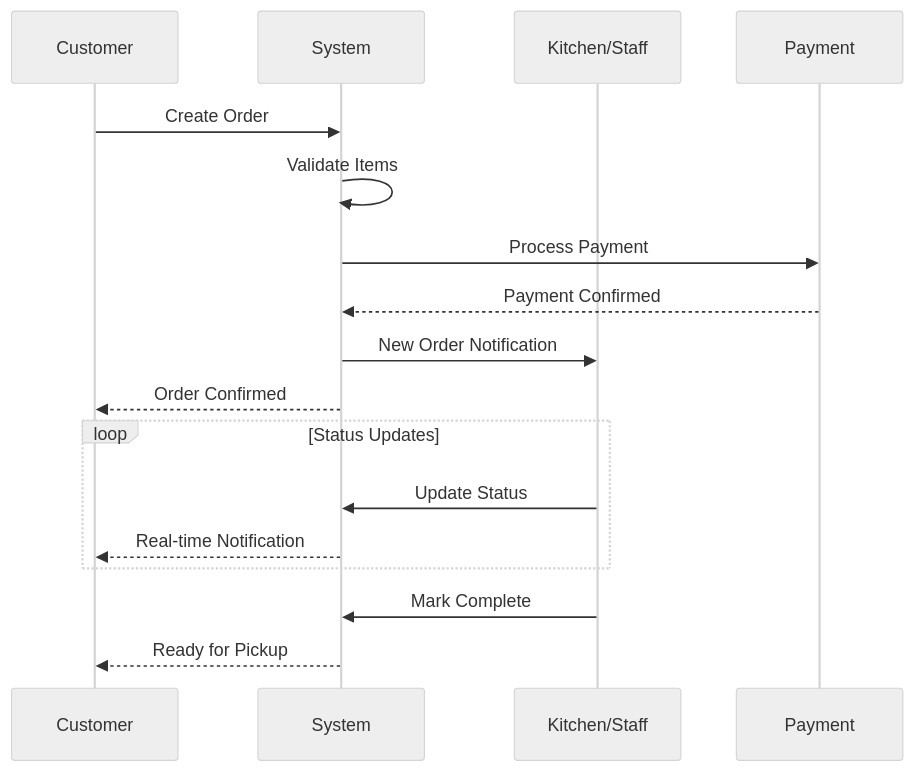
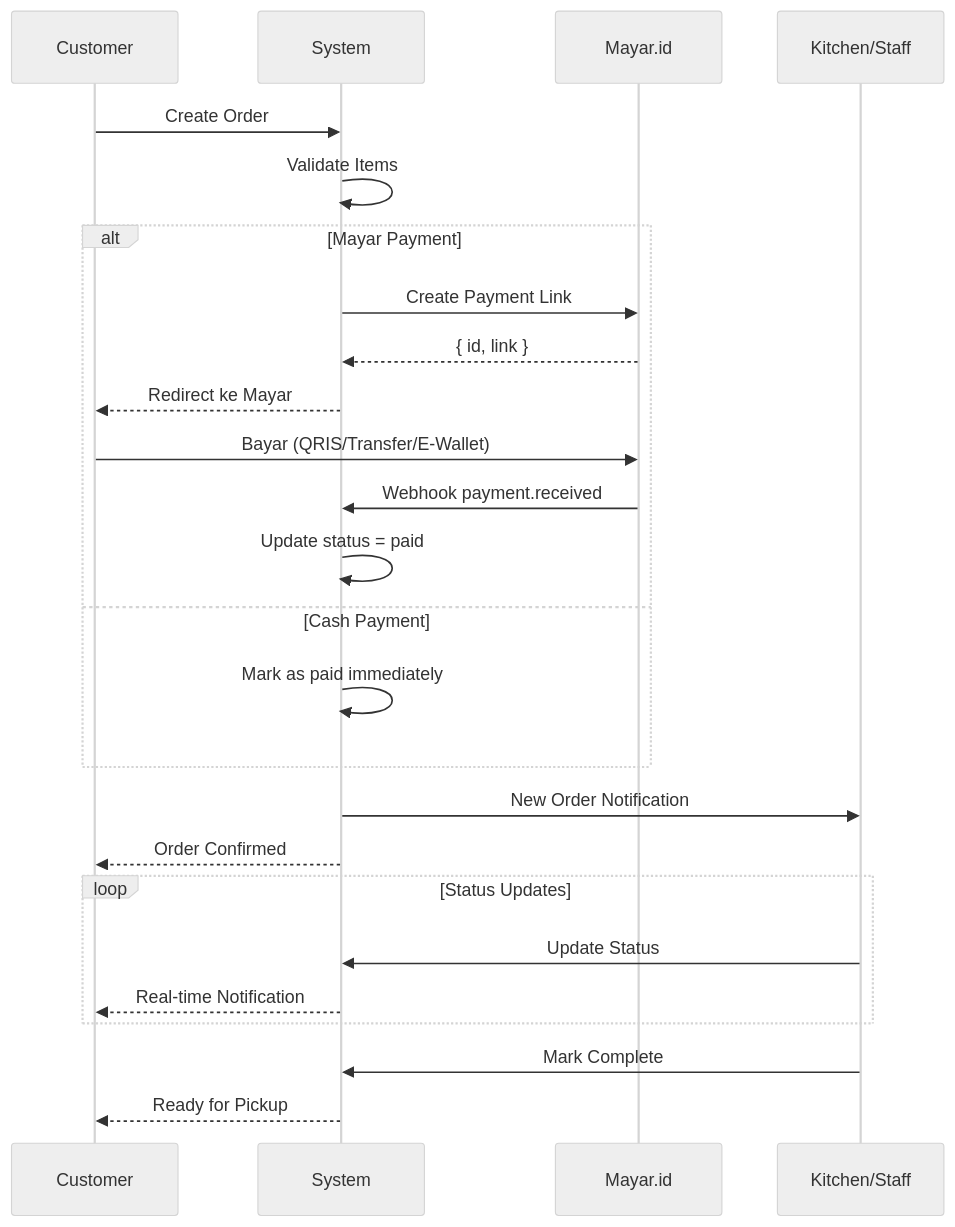
One commit to mocharil/savora changed the fourth of 9 diagrams in README.md. Above: the diagram before and after it, drawn with Mermaid (neutral theme). The commit also changed other lines of this file and 3 other files, not shown here.

Commit message:
feat: POS Mayar.id payment integration and comprehensive README update

````diff
--- a/README.md
+++ b/README.md
@@ -264,22 +285,32 @@
 ```mermaid
 sequenceDiagram
     participant C as Customer
     participant S as System
+    participant M as Mayar.id
     participant K as Kitchen/Staff
-    participant P as Payment
 
     C->>S: Create Order
     S->>S: Validate Items
-    S->>P: Process Payment
-    P-->>S: Payment Confirmed
+
+    alt Mayar Payment
+        S->>M: Create Payment Link
+        M-->>S: { id, link }
+        S-->>C: Redirect ke Mayar
+        C->>M: Bayar (QRIS/Transfer/E-Wallet)
+        M->>S: Webhook payment.received
+        S->>S: Update status = paid
+    else Cash Payment
+        S->>S: Mark as paid immediately
+    end
+
     S->>K: New Order Notification
     S-->>C: Order Confirmed
 
     loop Status Updates
         K->>S: Update Status
         S-->>C: Real-time Notification
     end
 
     K->>S: Mark Complete
     S-->>C: Ready for Pickup
 ```
````
